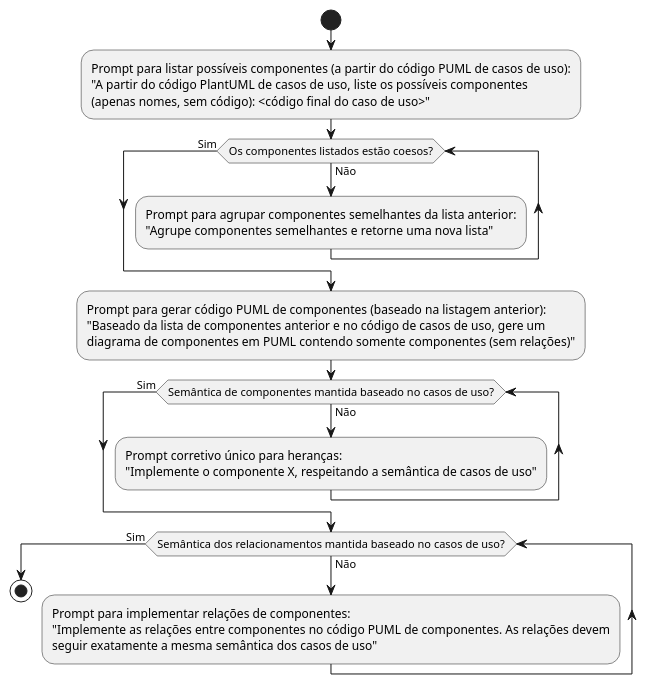
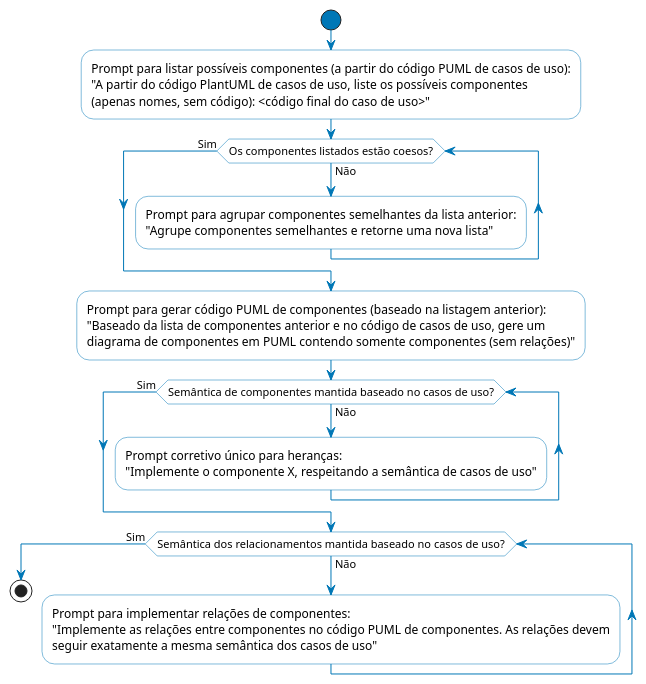
Before and after one commit to carloshenriquehannas/TCC: the diagram in DescricaoAtividadesRealizadas/FormalizacaoDiretrizes/diagAtividades-etapa3-componentes.puml, drawn with PlantUML. The commit also changed 5 other files, not shown here.

Commit message:
Alteracoes de cores dos diagramas para a apresentacao

```diff
--- a/DescricaoAtividadesRealizadas/FormalizacaoDiretrizes/diagAtividades-etapa3-componentes.puml
+++ b/DescricaoAtividadesRealizadas/FormalizacaoDiretrizes/diagAtividades-etapa3-componentes.puml
@@ -1,24 +1,37 @@
 @startuml diagAtividades-etapa3-componentes
 
 skinparam linetype ortho
 skinparam shadowing false
-skinparam monochrome true
+'skinparam monochrome true
+
+skinparam activity {
+  BackgroundColor #FFFFFF                      
+  BorderColor      #0077b6                     
+  FontColor        #000000                     
+}
+
+skinparam ActivityStartColor #0077b6
+skinparam ActivityEndColor   #0077b6           
+skinparam ArrowColor         #0077b6  
+
+skinparam activityDiamondBackgroundColor #FFFFFF    
+skinparam activityDiamondBorderColor     #0077b6
 
 start
 
 :Prompt para listar possíveis componentes (a partir do código PUML de casos de uso):\n"A partir do código PlantUML de casos de uso, liste os possíveis componentes\n(apenas nomes, sem código): <código final do caso de uso>";
 while(Os componentes listados estão coesos?) is (Não)
   :Prompt para agrupar componentes semelhantes da lista anterior:\n"Agrupe componentes semelhantes e retorne uma nova lista";
 endwhile (Sim)
 :Prompt para gerar código PUML de componentes (baseado na listagem anterior):\n"Baseado da lista de componentes anterior e no código de casos de uso, gere um\ndiagrama de componentes em PUML contendo somente componentes (sem relações)";
 
 while (Semântica de componentes mantida baseado no casos de uso?) is (Não)
   :Prompt corretivo único para heranças:\n"Implemente o componente X, respeitando a semântica de casos de uso";
 endwhile (Sim)
 
 while (Semântica dos relacionamentos mantida baseado no casos de uso?) is (Não)
   :Prompt para implementar relações de componentes:\n"Implemente as relações entre componentes no código PUML de componentes. As relações devem\nseguir exatamente a mesma semântica dos casos de uso";
 endwhile (Sim)
 
 stop
 @enduml
```
